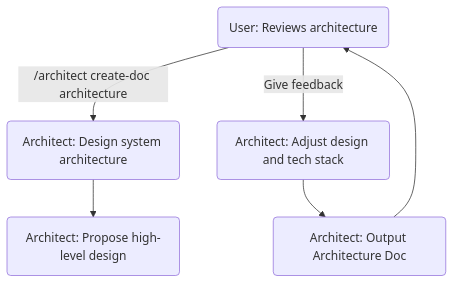
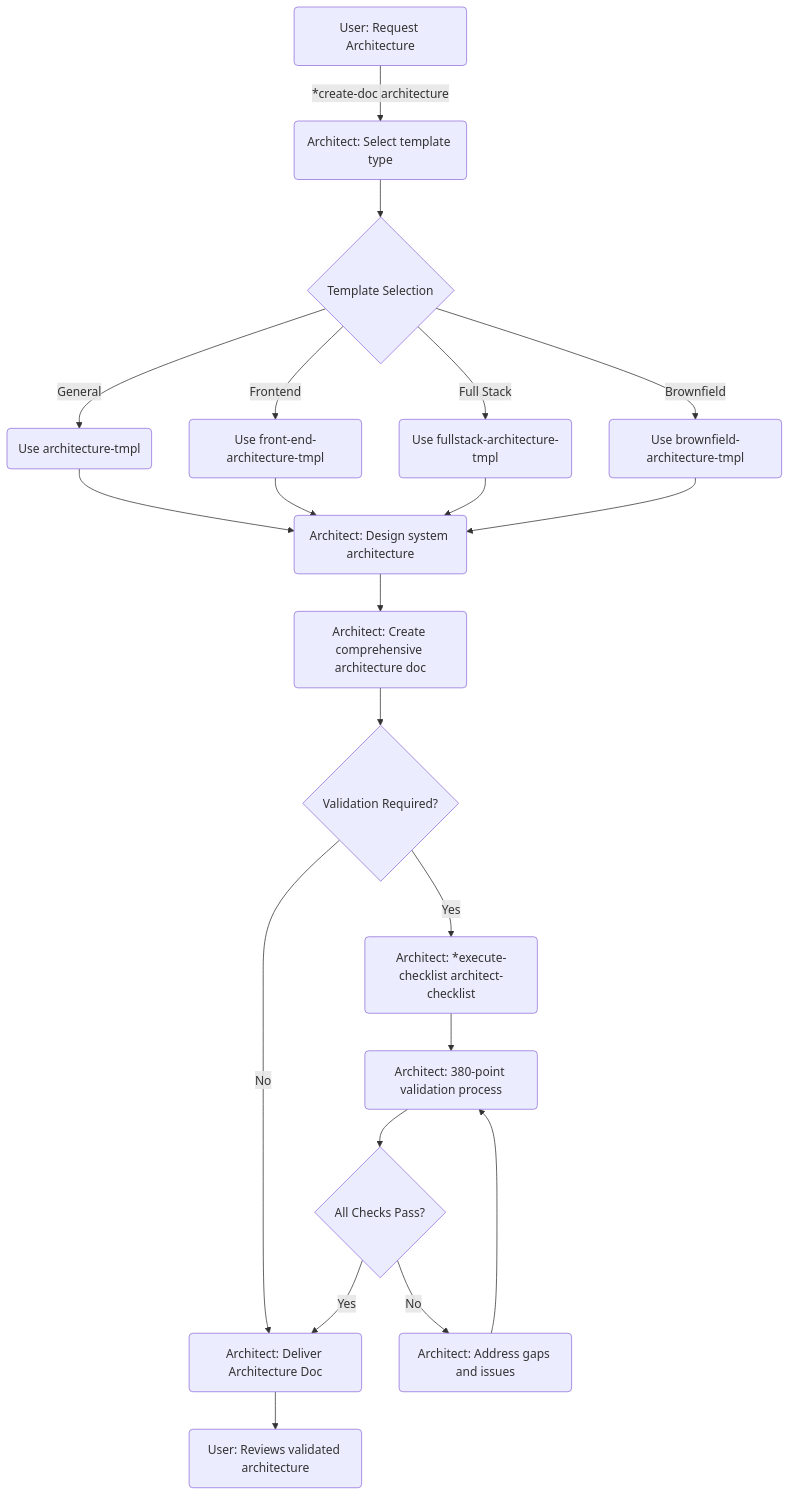
The sixth of 15 diagrams in diagrams.md (hitesh-goel/BMAD-METHOD), drawn with Mermaid before and after one commit. The commit also changed other lines of this file, not shown here.

Commit message:
Enhance command patterns and agent workflows in diagrams.md for clarity and consistency. Introduced detailed command structures for each agent, including core commands, agent-specific commands, and validation processes. Updated flowcharts to reflect new command usage and interaction sequences.

````diff
--- a/diagrams.md
+++ b/diagrams.md
@@ -119,8 +166,23 @@
 ```mermaid
 flowchart TD
-    U(User: Request Architecture) -->|"/architect create-doc architecture"| X(Architect: Design system architecture)
-    X --> X2(Architect: Propose high-level design)
-    U -->|Give feedback| X3(Architect: Adjust design and tech stack)
-    X3 --> Y(Architect: Output Architecture Doc)
-    Y --> U(User: Reviews architecture)
+    U(User: Request Architecture) -->|"*create-doc architecture"| A1(Architect: Select template type)
+    A1 --> A2{Template Selection}
+    A2 -->|General| A3(Use architecture-tmpl)
+    A2 -->|Frontend| A4(Use front-end-architecture-tmpl)
+    A2 -->|Full Stack| A5(Use fullstack-architecture-tmpl)
+    A2 -->|Brownfield| A6(Use brownfield-architecture-tmpl)
+    A3 --> A7(Architect: Design system architecture)
+    A4 --> A7
+    A5 --> A7
+    A6 --> A7
+    A7 --> A8(Architect: Create comprehensive architecture doc)
+    A8 --> A9{Validation Required?}
+    A9 -->|Yes| A10("Architect: *execute-checklist architect-checklist")
+    A9 -->|No| A11(Architect: Deliver Architecture Doc)
+    A10 --> A12(Architect: 380-point validation process)
+    A12 --> A13{All Checks Pass?}
+    A13 -->|No| A14(Architect: Address gaps and issues)
+    A14 --> A12
+    A13 -->|Yes| A11
+    A11 --> U2(User: Reviews validated architecture)
 ```
````
